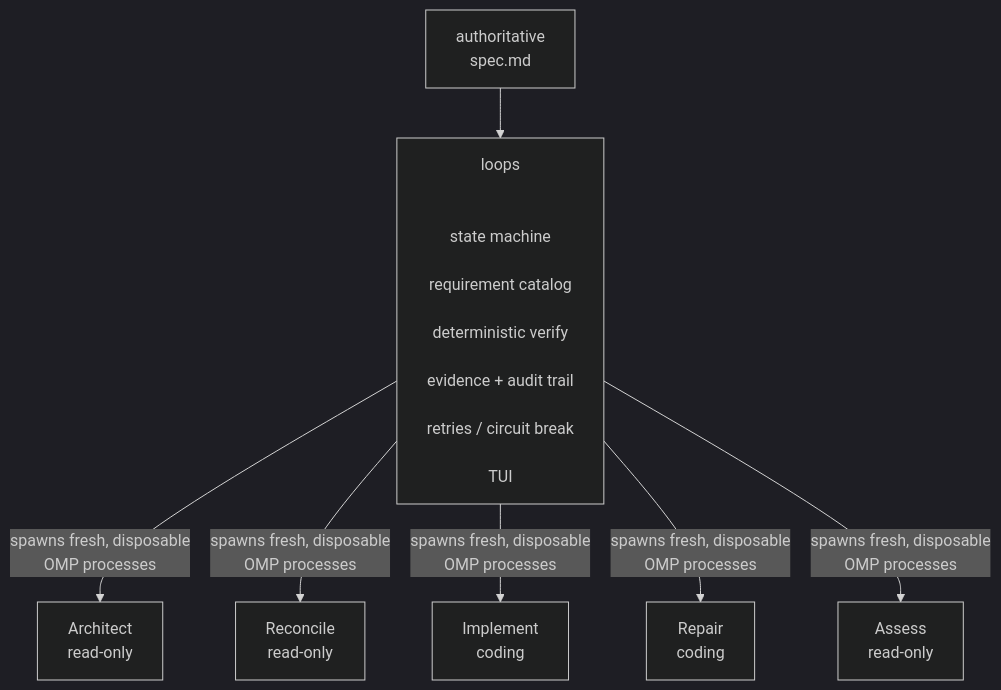
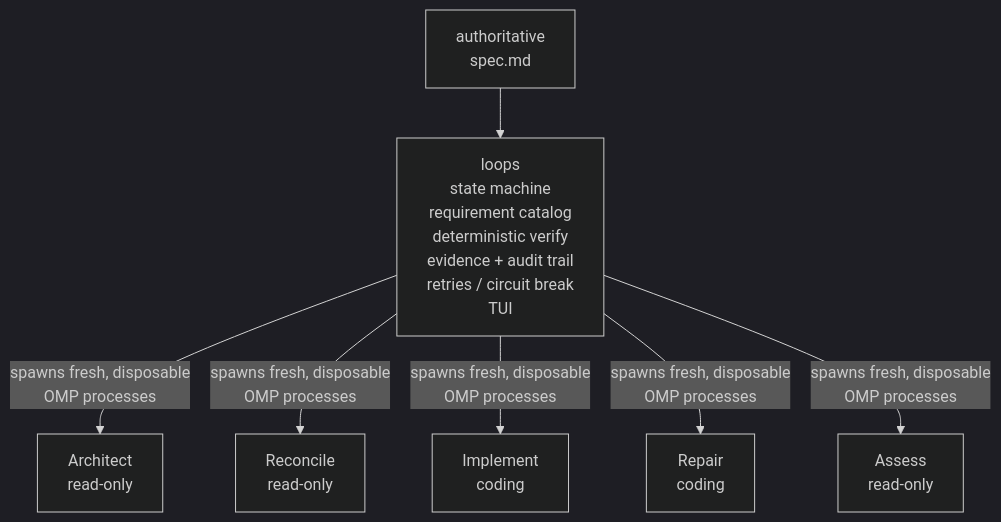
The diagram in README.md (flaviodelgrosso/tenet), drawn with Mermaid (dark theme) before and after one commit.

Commit message:
docs: fix diagram

````diff
--- a/README.md
+++ b/README.md
@@ -15,18 +15,34 @@
 ```mermaid
 flowchart TD
-    A["authoritative<br/>spec.md"]
+    A["`authoritative
+spec.md`"]
 
-    A --> B["loops<br/><br/>
-    state machine<br/>
-    requirement catalog<br/>
-    deterministic verify<br/>
-    evidence + audit trail<br/>
-    retries / circuit break<br/>
-    TUI"]
+    A --> B["`loops
 
-    B -->|"spawns fresh, disposable<br/>OMP processes"| C1["Architect<br/>read-only"]
-    B -->|"spawns fresh, disposable<br/>OMP processes"| C2["Reconcile<br/>read-only"]
-    B -->|"spawns fresh, disposable<br/>OMP processes"| C3["Implement<br/>coding"]
-    B -->|"spawns fresh, disposable<br/>OMP processes"| C4["Repair<br/>coding"]
-    B -->|"spawns fresh, disposable<br/>OMP processes"| C5["Assess<br/>read-only"]
+state machine
+requirement catalog
+deterministic verify
+evidence + audit trail
+retries / circuit break
+TUI`"]
+
+    B -- "`spawns fresh, disposable
+OMP processes`" --> C1["`Architect
+read-only`"]
+
+    B -- "`spawns fresh, disposable
+OMP processes`" --> C2["`Reconcile
+read-only`"]
+
+    B -- "`spawns fresh, disposable
+OMP processes`" --> C3["`Implement
+coding`"]
+
+    B -- "`spawns fresh, disposable
+OMP processes`" --> C4["`Repair
+coding`"]
+
+    B -- "`spawns fresh, disposable
+OMP processes`" --> C5["`Assess
+read-only`"]
 ```
````
